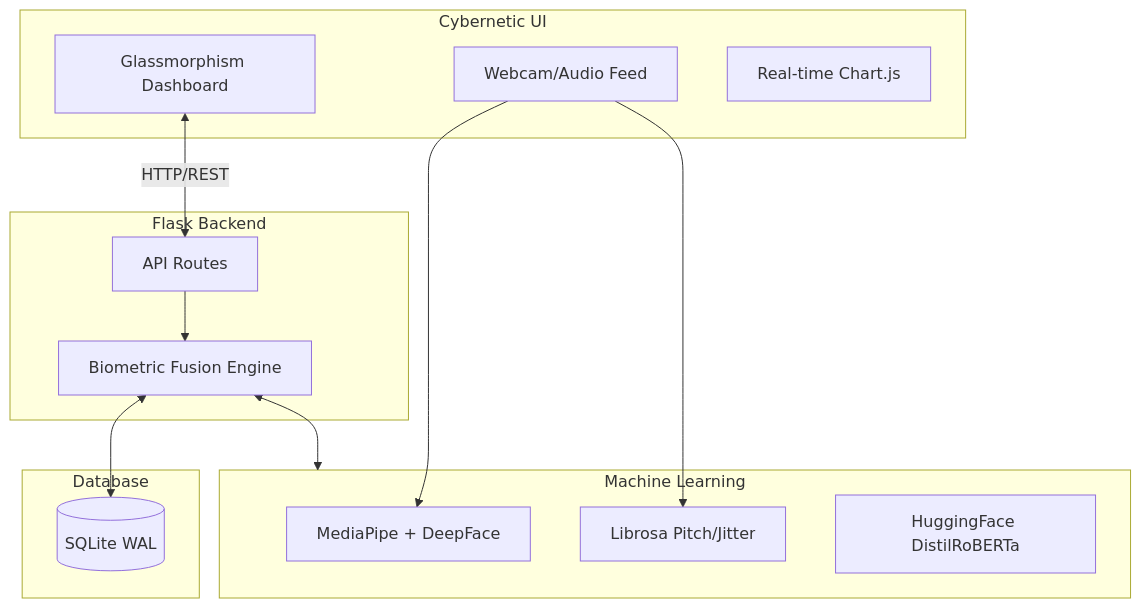
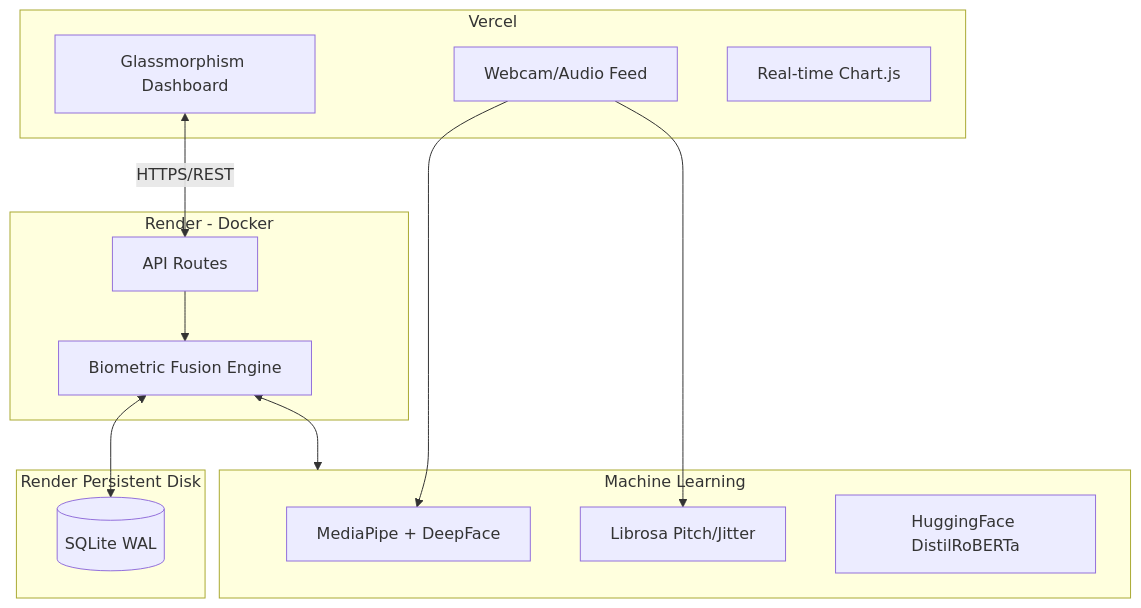
One commit to samay722/Tiny_project changed the diagram in README.md. Above: the diagram before and after it, drawn with Mermaid. The commit also changed other lines of this file and 8 other files, not shown here.

Commit message:
chore: optimize for Vercel/Render, remove Azure, and fix chart auto-update

````diff
--- a/README.md
+++ b/README.md
@@ -30,29 +30,29 @@
 ```mermaid
 graph TD
-    subgraph Frontend [Cybernetic UI]
+    subgraph Frontend [Vercel]
         UI[Glassmorphism Dashboard]
         Cam[Webcam/Audio Feed]
         Charts[Real-time Chart.js]
     end
 
-    subgraph API [Flask Backend]
+    subgraph Backend [Render - Docker]
         Router[API Routes]
         Manager[Biometric Fusion Engine]
     end
 
     subgraph AI [Machine Learning]
         Vision[MediaPipe + DeepFace]
         Audio[Librosa Pitch/Jitter]
         NLP[HuggingFace DistilRoBERTa]
     end
 
-    subgraph Database
+    subgraph Database [Render Persistent Disk]
         DB[(SQLite WAL)]
     end
 
-    UI <-->|HTTP/REST| Router
+    UI <-->|HTTPS/REST| Router
     Cam --> Vision & Audio
     Router --> Manager
     Manager <--> AI
     Manager <--> DB
 ```
````
